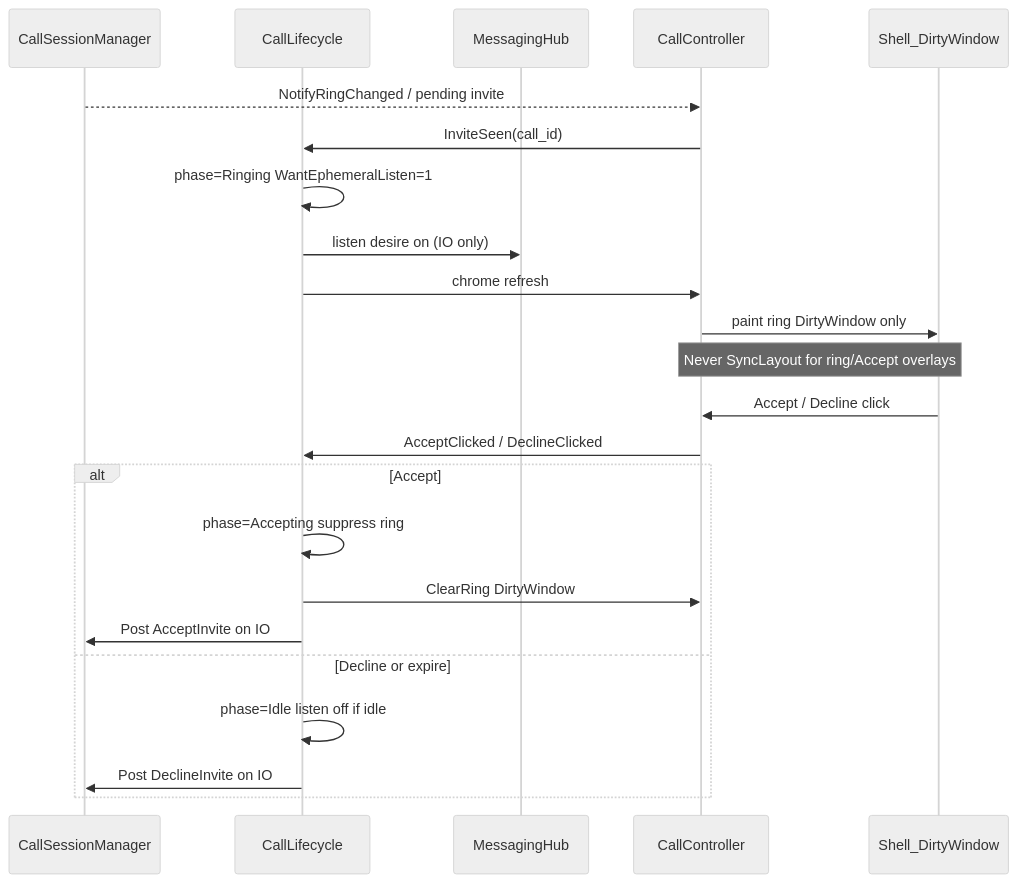
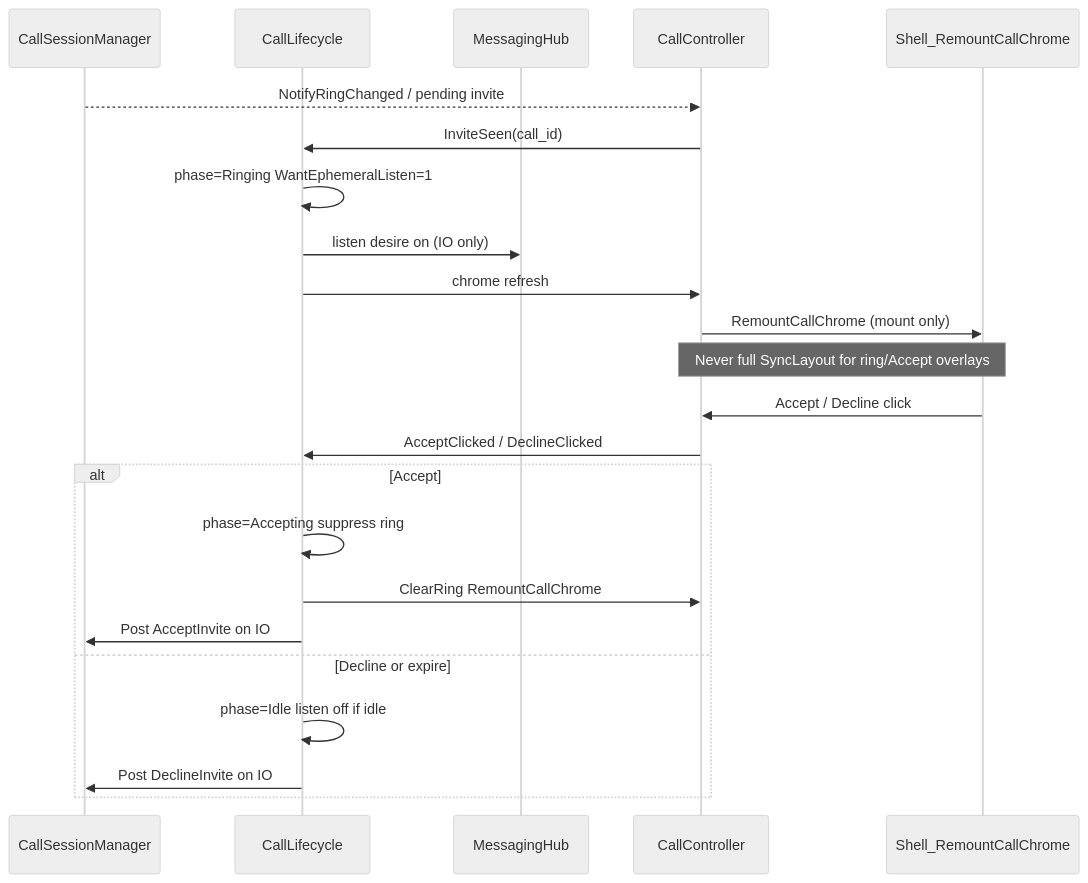
The second of 6 diagrams in docs/architecture/CALLS.md (people-post/pp-browser), drawn with Mermaid (neutral theme) before and after one commit. The commit also changed other lines of this file and 25 other files, not shown here.

````diff
--- a/docs/architecture/CALLS.md
+++ b/docs/architecture/CALLS.md
@@ -56,26 +56,26 @@
 ```mermaid
 sequenceDiagram
   participant CSM as CallSessionManager
   participant Life as CallLifecycle
   participant Hub as MessagingHub
   participant Ctrl as CallController
-  participant UI as Shell_DirtyWindow
+  participant UI as Shell_RemountCallChrome
 
   CSM-->>Ctrl: NotifyRingChanged / pending invite
   Ctrl->>Life: InviteSeen(call_id)
   Life->>Life: phase=Ringing WantEphemeralListen=1
   Life->>Hub: listen desire on (IO only)
   Life->>Ctrl: chrome refresh
-  Ctrl->>UI: paint ring DirtyWindow only
-  Note over Ctrl,UI: Never SyncLayout for ring/Accept overlays
+  Ctrl->>UI: RemountCallChrome (mount only)
+  Note over Ctrl,UI: Never full SyncLayout for ring/Accept overlays
   UI->>Ctrl: Accept / Decline click
   Ctrl->>Life: AcceptClicked / DeclineClicked
   alt Accept
     Life->>Life: phase=Accepting suppress ring
-    Life->>Ctrl: ClearRing DirtyWindow
+    Life->>Ctrl: ClearRing RemountCallChrome
     Life->>CSM: Post AcceptInvite on IO
   else Decline or expire
     Life->>Life: phase=Idle listen off if idle
     Life->>CSM: Post DeclineInvite on IO
   end
 ```
````
